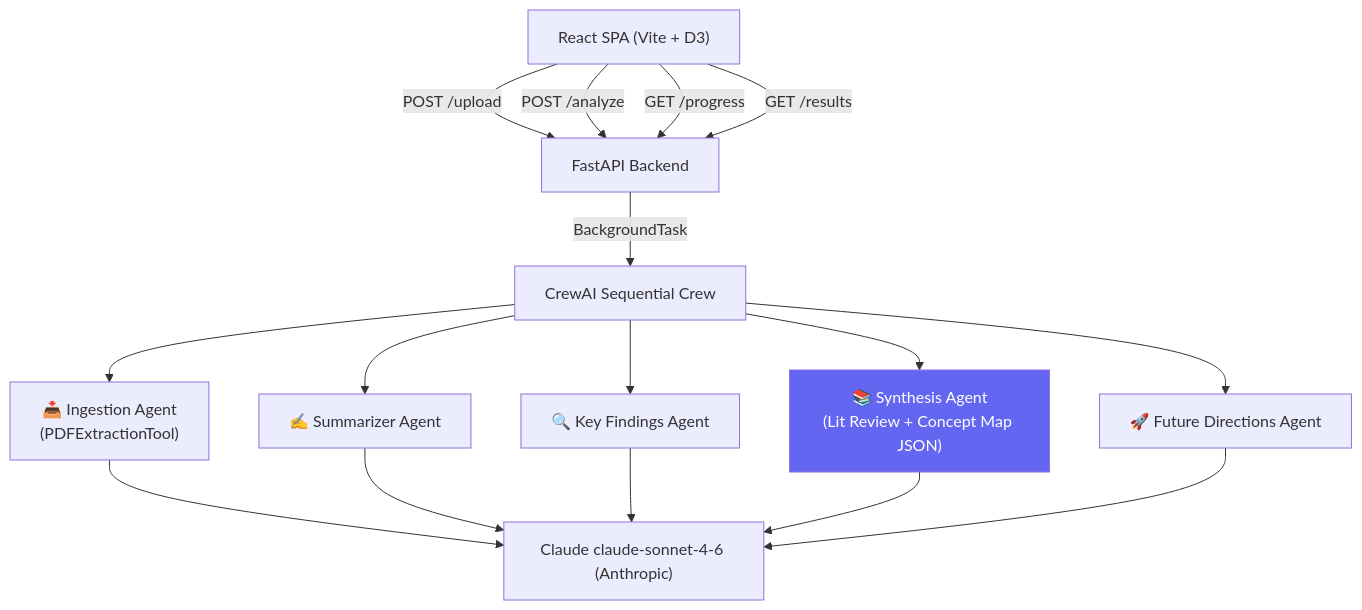
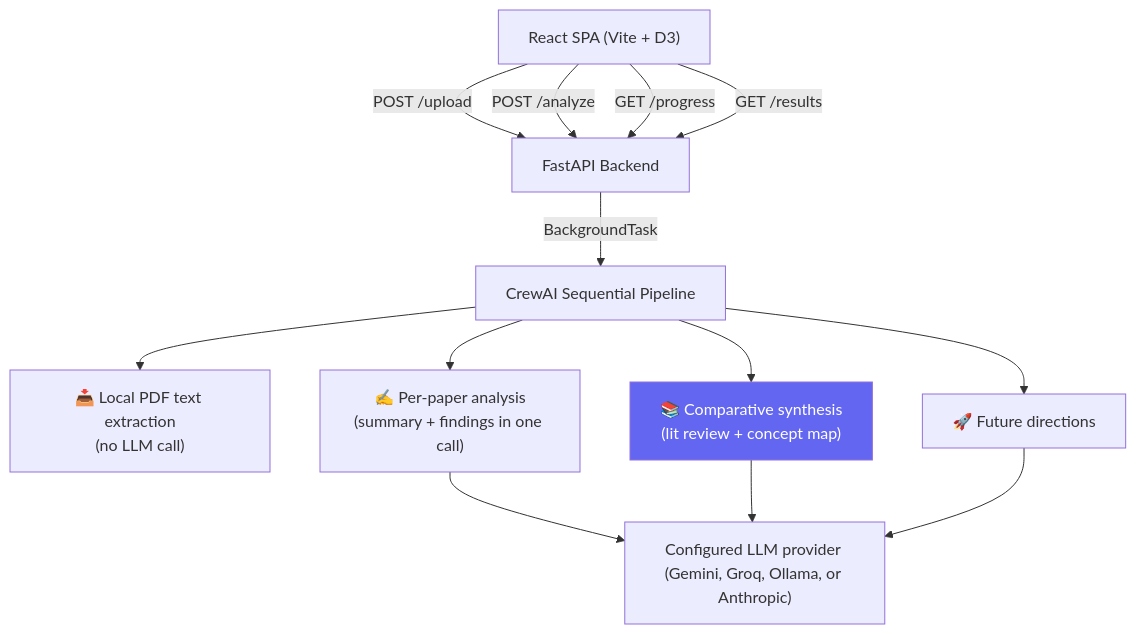
One commit to KiruthikaSelvaraj1/research-assistant changed the diagram in README.md. Above: the diagram before and after it, drawn with Mermaid. The commit also changed other lines of this file and 14 other files, not shown here.

Commit message:
Improve paper analysis speed and output quality

````diff
--- a/README.md
+++ b/README.md
@@ -15,23 +15,22 @@
 ```mermaid
 graph TD
     UI["React SPA (Vite + D3)"]
     API["FastAPI Backend"]
-    CREW["CrewAI Sequential Crew"]
-    LLM["Claude claude-sonnet-4-6 (Anthropic)"]
+    CREW["CrewAI Sequential Pipeline"]
+    LLM["Configured LLM provider (Gemini, Groq, Ollama, or Anthropic)"]
 
     UI -->|POST /upload| API
     UI -->|POST /analyze| API
     UI -->|GET /progress| API
     UI -->|GET /results| API
 
     API -->|BackgroundTask| CREW
-    CREW --> A1["📥 Ingestion Agent\n(PDFExtractionTool)"]
-    CREW --> A2["✍️ Summarizer Agent"]
-    CREW --> A3["🔍 Key Findings Agent"]
-    CREW --> A4["📚 Synthesis Agent\n(Lit Review + Concept Map JSON)"]
-    CREW --> A5["🚀 Future Directions Agent"]
+    CREW --> A1["📥 Local PDF text extraction\n(no LLM call)"]
+    CREW --> A2["✍️ Per-paper analysis\n(summary + findings in one call)"]
+    CREW --> A3["📚 Comparative synthesis\n(lit review + concept map)"]
+    CREW --> A4["🚀 Future directions"]
 
-    A1 & A2 & A3 & A4 & A5 --> LLM
+    A2 & A3 & A4 --> LLM
 
-    style A4 fill:#6366f1,color:#fff
+    style A3 fill:#6366f1,color:#fff
 ```
````
